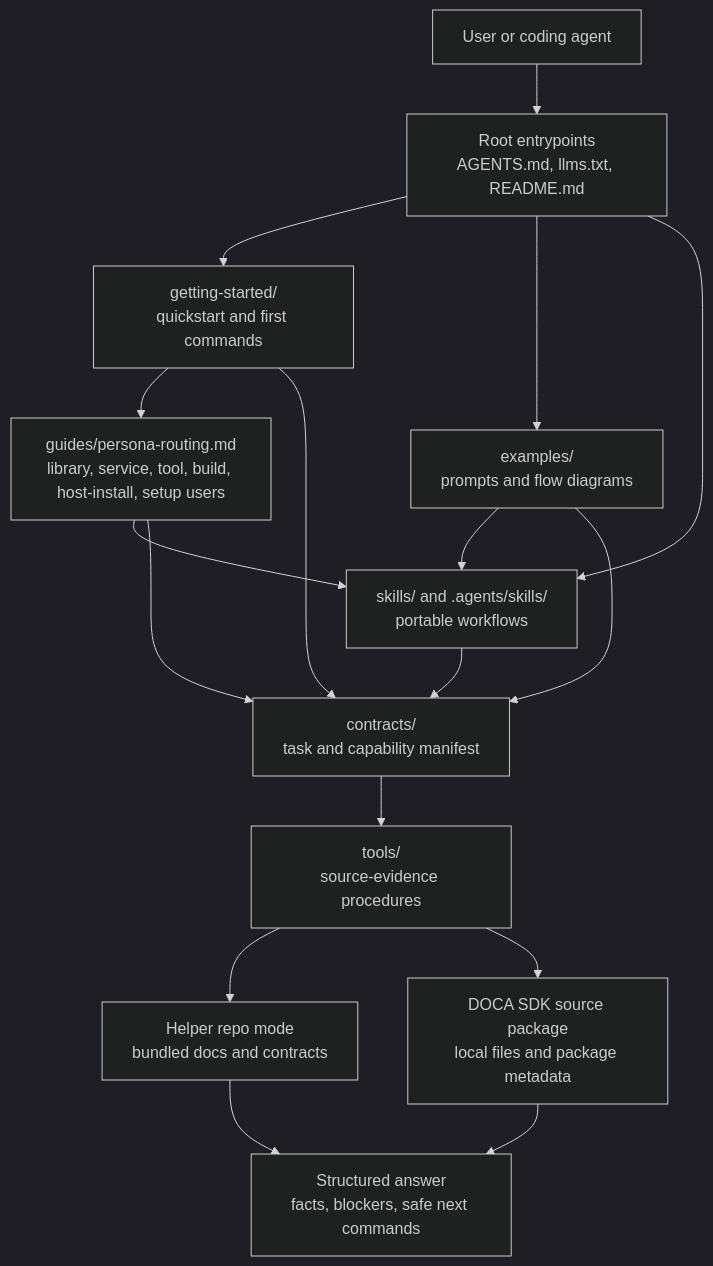
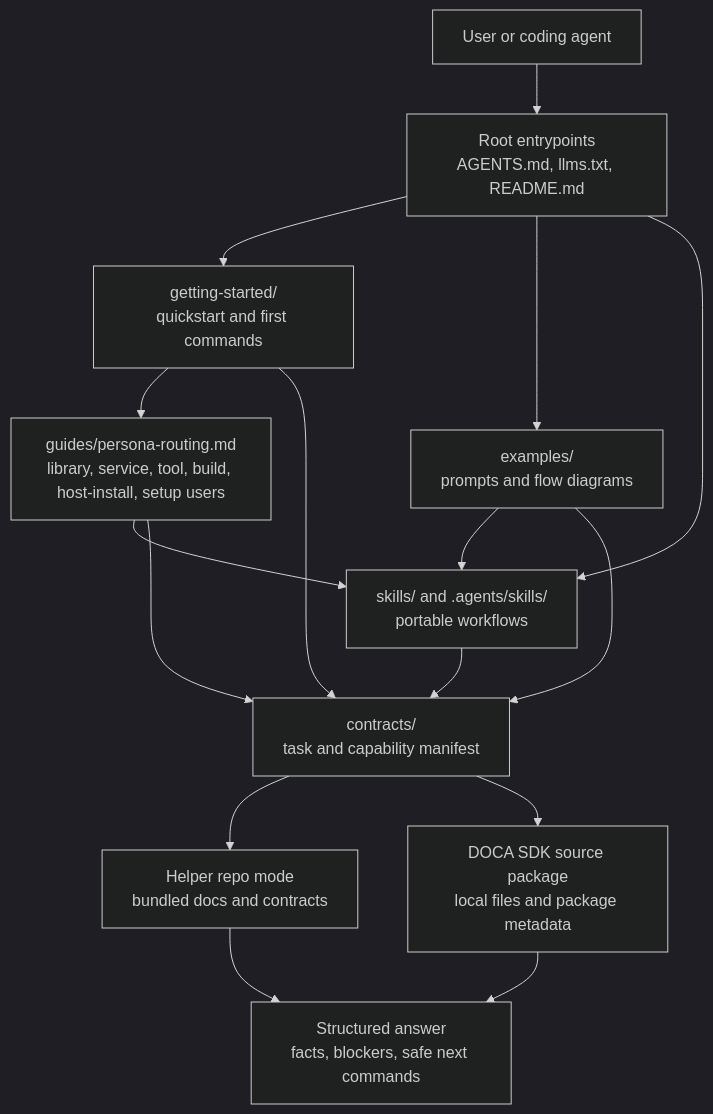
One commit to NVIDIA-DOCA/doca-skills changed the diagram in README.md. Above: the diagram before and after it, drawn with Mermaid (dark theme). The commit also changed other lines of this file and 1 other file, not shown here.

Commit message:
Drop obsolete tools README from export

````diff
--- a/README.md
+++ b/README.md
@@ -59,31 +58,29 @@
 ```mermaid
 flowchart TD
     user["User or coding agent"]
     entry["Root entrypoints<br/>AGENTS.md, llms.txt, README.md"]
     guide["getting-started/<br/>quickstart and first commands"]
     examples["examples/<br/>prompts and flow diagrams"]
     personas["guides/persona-routing.md<br/>library, service, tool, build, host-install, setup users"]
     skills["skills/ and .agents/skills/<br/>portable workflows"]
     contracts["contracts/<br/>task and capability manifest"]
-    tools["tools/<br/>source-evidence procedures"]
     helper["Helper repo mode<br/>bundled docs and contracts"]
     source["DOCA SDK source package<br/>local files and package metadata"]
     report["Structured answer<br/>facts, blockers, safe next commands"]
 
     user --> entry
     entry --> guide
     entry --> examples
     guide --> personas
     entry --> skills
     personas --> skills
     personas --> contracts
     guide --> contracts
     examples --> skills
     examples --> contracts
     skills --> contracts
-    contracts --> tools
-    tools --> helper
-    tools --> source
+    contracts --> helper
+    contracts --> source
     source --> report
     helper --> report
 ```
````
